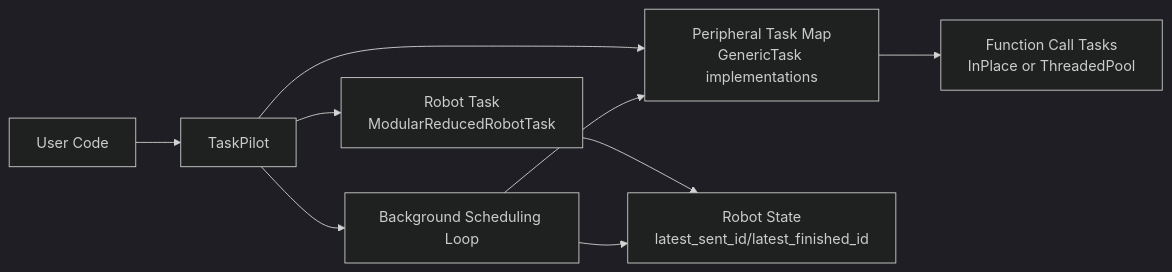
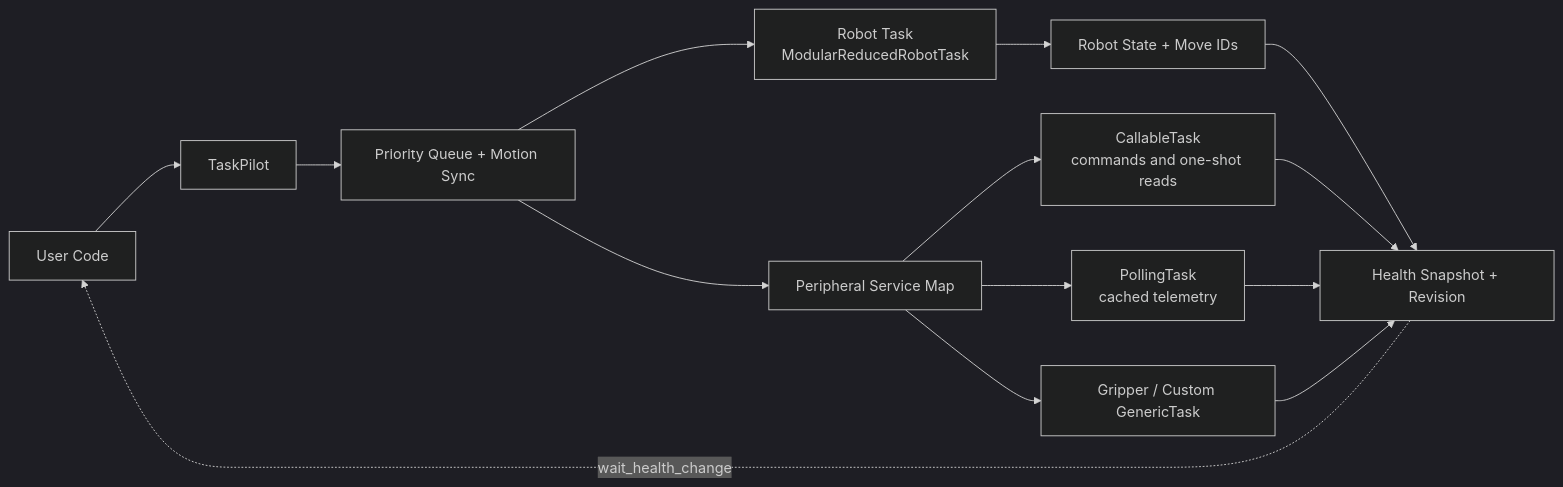
Before and after one commit to chase6305/orchestrion: the diagram in README.md, drawn with Mermaid (dark theme). The commit also changed other lines of this file and 33 other files, not shown here.

````diff
--- a/README.md
+++ b/README.md
@@ -142,11 +256,16 @@
 ```mermaid
 flowchart LR
-  A[User Code] --> B[TaskPilot]
-  B --> C[Robot Task\nModularReducedRobotTask]
-  B --> D[Peripheral Task Map\nGenericTask implementations]
-  C --> E[Robot State\nlatest_sent_id/latest_finished_id]
-  D --> F[Function Call Tasks\nInPlace or ThreadedPool]
-  B --> G[Background Scheduling Loop]
-  G --> D
-  G --> E
+  U[User Code] --> P[TaskPilot]
+  P --> Q[Priority Queue + Motion Sync]
+  Q --> R[Robot Task\nModularReducedRobotTask]
+  Q --> S[Peripheral Service Map]
+  S --> C[CallableTask\ncommands and one-shot reads]
+  S --> T[PollingTask\ncached telemetry]
+  S --> G[Gripper / Custom GenericTask]
+  R --> RS[Robot State + Move IDs]
+  RS --> H[Health Snapshot + Revision]
+  C --> H
+  T --> H
+  G --> H
+  H -. wait_health_change .-> U
 ```
````
